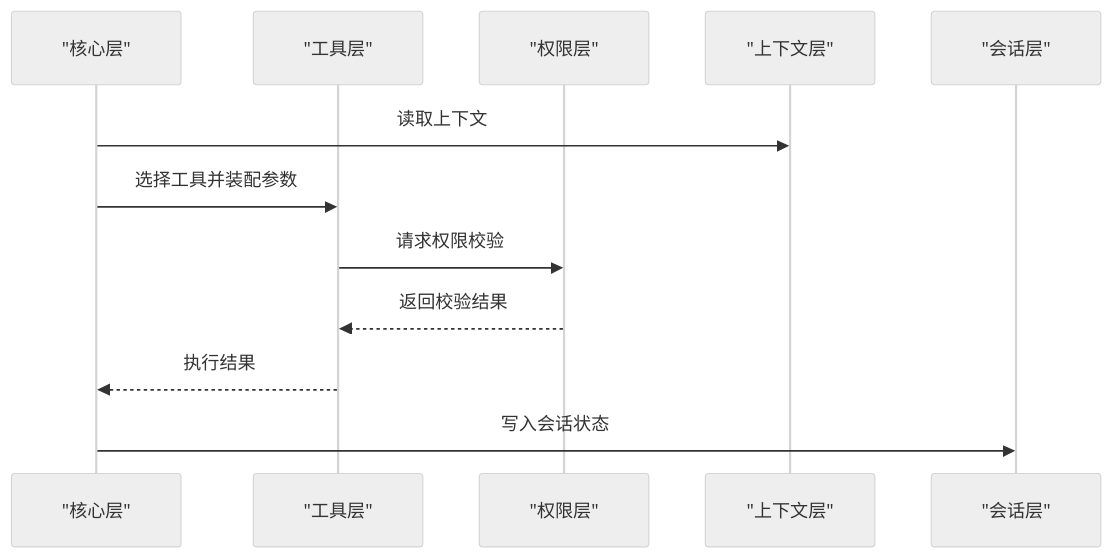
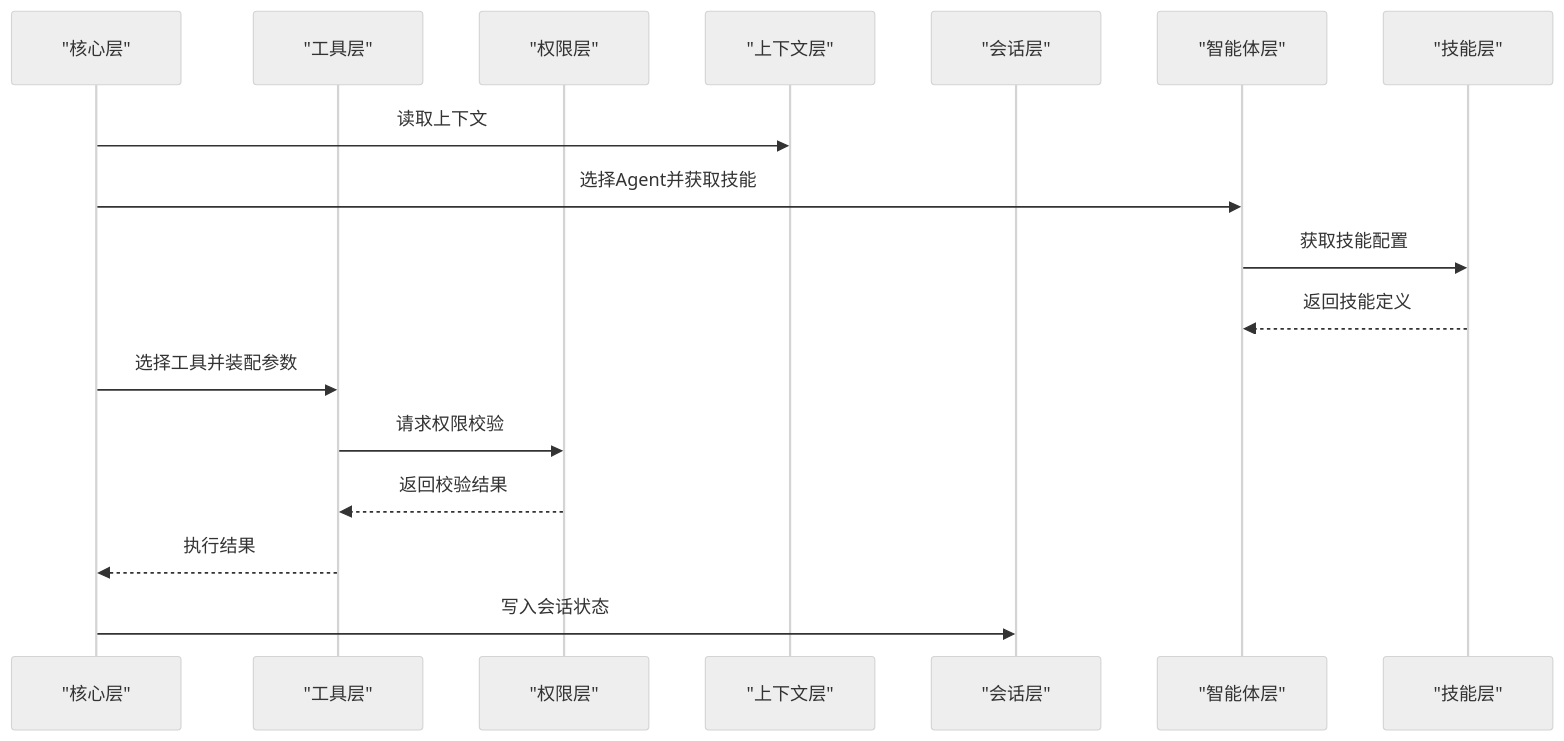
The fifth of 7 diagrams in .qoder/repowiki/zh/content/API参考/工具模块API.md (SSZero-670/easy-agent-cli), drawn with Mermaid (neutral theme) before and after one commit. The commit also changed other lines of this file and 9 other files, not shown here.

````diff
--- a/.qoder/repowiki/zh/content/API参考/工具模块API.md
+++ b/.qoder/repowiki/zh/content/API参考/工具模块API.md
@@ -210,14 +249,19 @@
 ```mermaid
 sequenceDiagram
 participant Core as "核心层"
 participant Tools as "工具层"
 participant Perm as "权限层"
 participant Ctx as "上下文层"
 participant Sess as "会话层"
+participant Agents as "智能体层"
+participant Skill as "技能层"
 Core->>Ctx : 读取上下文
+Core->>Agents : 选择Agent并获取技能
+Agents->>Skill : 获取技能配置
+Skill-->>Agents : 返回技能定义
 Core->>Tools : 选择工具并装配参数
 Tools->>Perm : 请求权限校验
 Perm-->>Tools : 返回校验结果
 Tools-->>Core : 执行结果
 Core->>Sess : 写入会话状态
 ```
````
